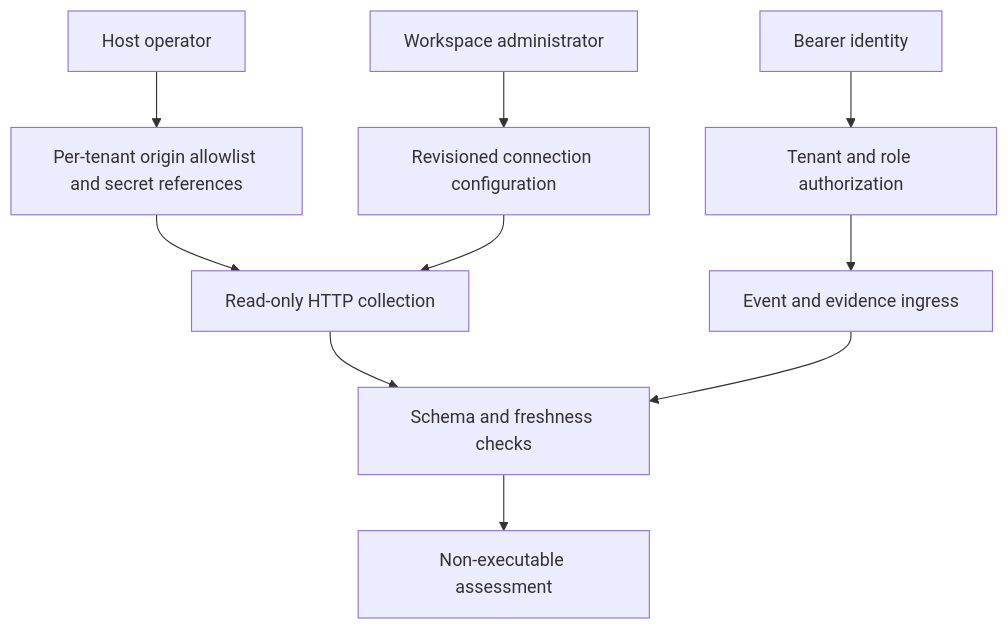
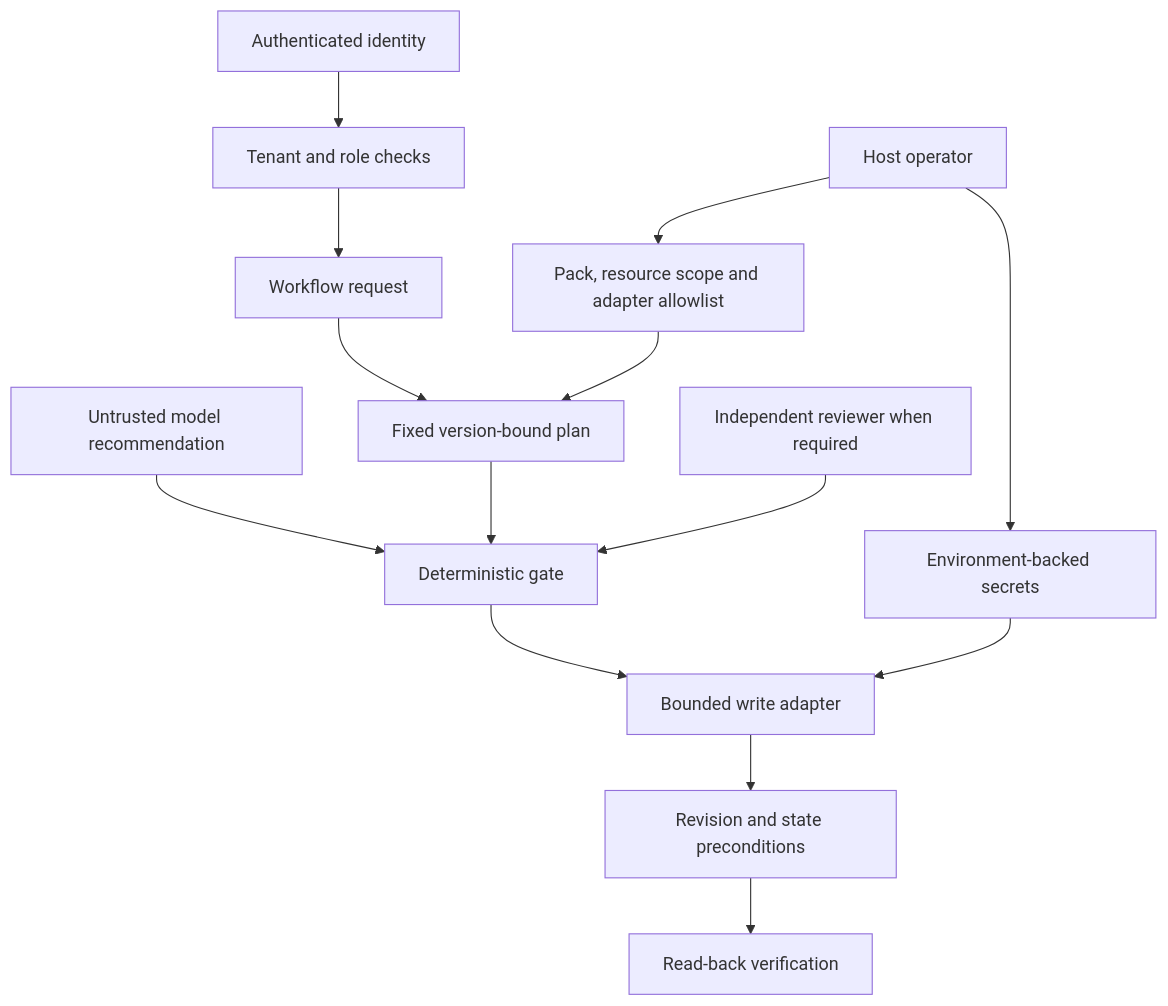
One commit to anil7000/changeguard changed the fourth of 6 diagrams in README.md. Above: the diagram before and after it, drawn with Mermaid. The commit also changed other lines of this file and 29 other files, not shown here.

````diff
--- a/README.md
+++ b/README.md
@@ -93,12 +192,16 @@
 ```mermaid
 flowchart TB
-  Host[Host operator] --> Trust[Per-tenant origin allowlist and secret references]
-  Admin[Workspace administrator] --> Config[Revisioned connection configuration]
-  Trust --> Collector[Read-only HTTP collection]
-  Config --> Collector
-  Identity[Bearer identity] --> Tenant[Tenant and role authorization]
-  Tenant --> Ingress[Event and evidence ingress]
-  Collector --> Validation[Schema and freshness checks]
-  Ingress --> Validation
-  Validation --> Assessment[Non-executable assessment]
+  Operator[Host operator] --> Bindings[Pack, resource scope and adapter allowlist]
+  Operator --> Secrets[Environment-backed secrets]
+  Identity[Authenticated identity] --> Tenant[Tenant and role checks]
+  Tenant --> Request[Workflow request]
+  Request --> Plan[Fixed version-bound plan]
+  Bindings --> Plan
+  Model[Untrusted model recommendation] --> Gate[Deterministic gate]
+  Plan --> Gate
+  Reviewer[Independent reviewer when required] --> Gate
+  Gate --> Adapter[Bounded write adapter]
+  Secrets --> Adapter
+  Adapter --> CAS[Revision and state preconditions]
+  CAS --> Outcome[Read-back verification]
 ```
````
